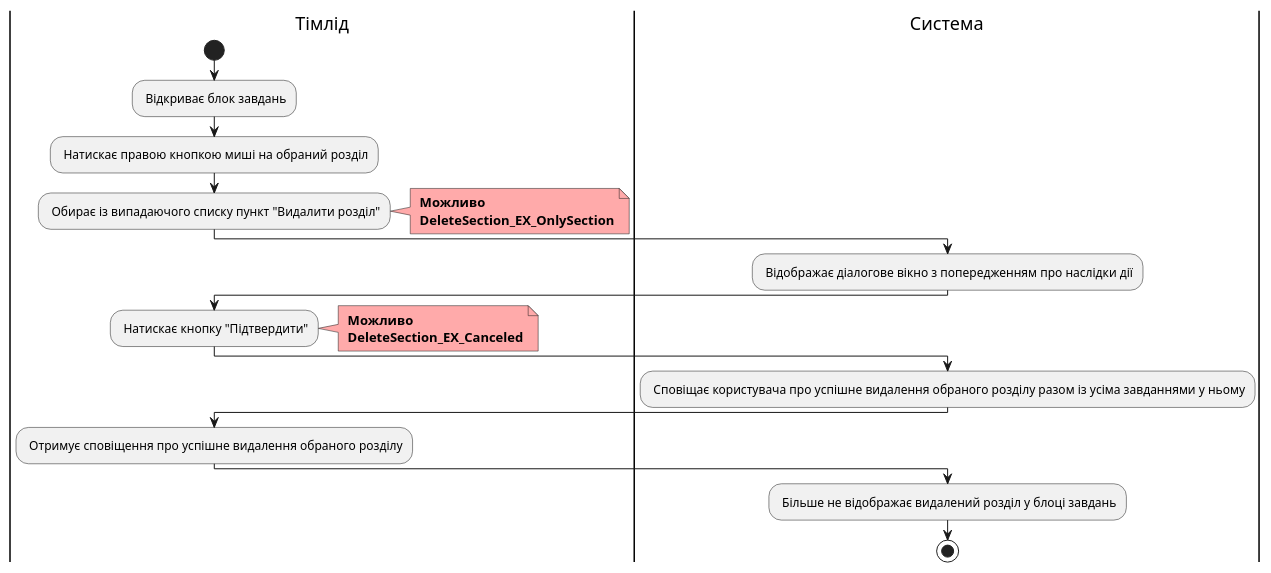
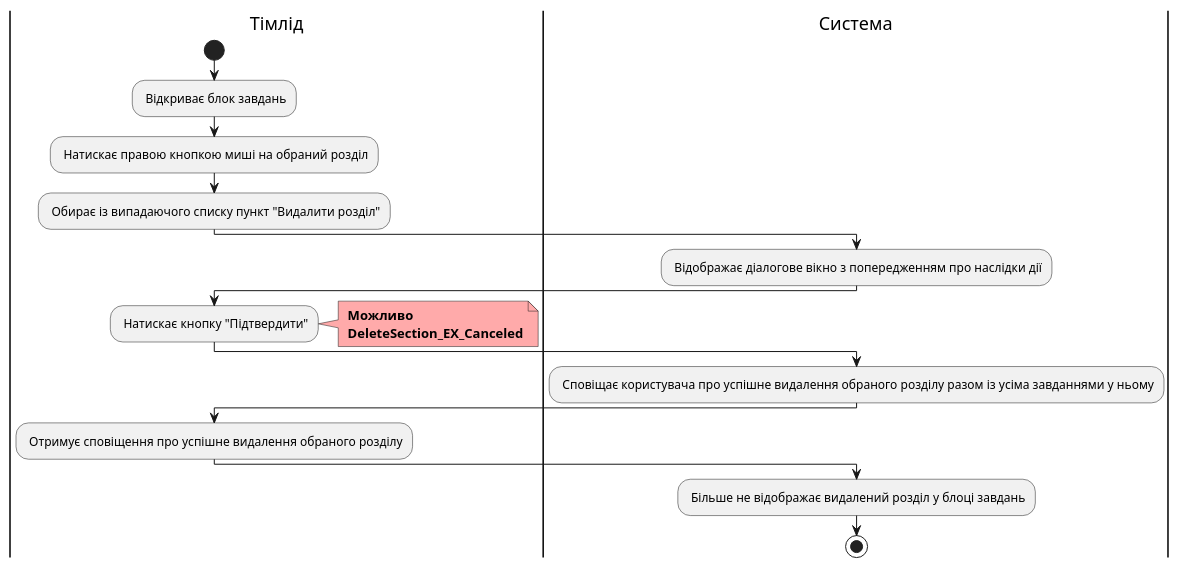
Diagram 11 of 19 in docs/use cases/README.md (boldak/edu-db-cw), drawn with PlantUML before and after one commit. The commit also changed other lines of this file and 2 other files, not shown here.

Commit message:
made it theoretically possible for no sections to be in a project

```diff
--- a/docs/use cases/README.md
+++ b/docs/use cases/README.md
@@ -700,37 +698,33 @@
 @startuml
 
     |Тімлід|
         start
         : Відкриває блок завдань;
 
     |Тімлід|
         : Натискає правою кнопкою миші на обраний розділ;
 
     |Тімлід|
         : Обирає із випадаючого списку пункт "Видалити розділ";
-        note right #ffaaaa
-        <b> Можливо
-        <b> DeleteSection_EX_OnlySection
-        end note
 
     |Система|
         : Відображає діалогове вікно з попередженням про наслідки дії;
 
     |Тімлід|
         : Натискає кнопку "Підтвердити";
         note right #ffaaaa
         <b> Можливо
         <b> DeleteSection_EX_Canceled
         end note
 
     |Система|
         : Сповіщає користувача про успішне видалення обраного розділу разом із усіма завданнями у ньому;
 
     |Тімлід|
         : Отримує сповіщення про успішне видалення обраного розділу;  
 
     |Система|
         : Більше не відображає видалений розділ у блоці завдань;
         stop;  
 
 @enduml
```
